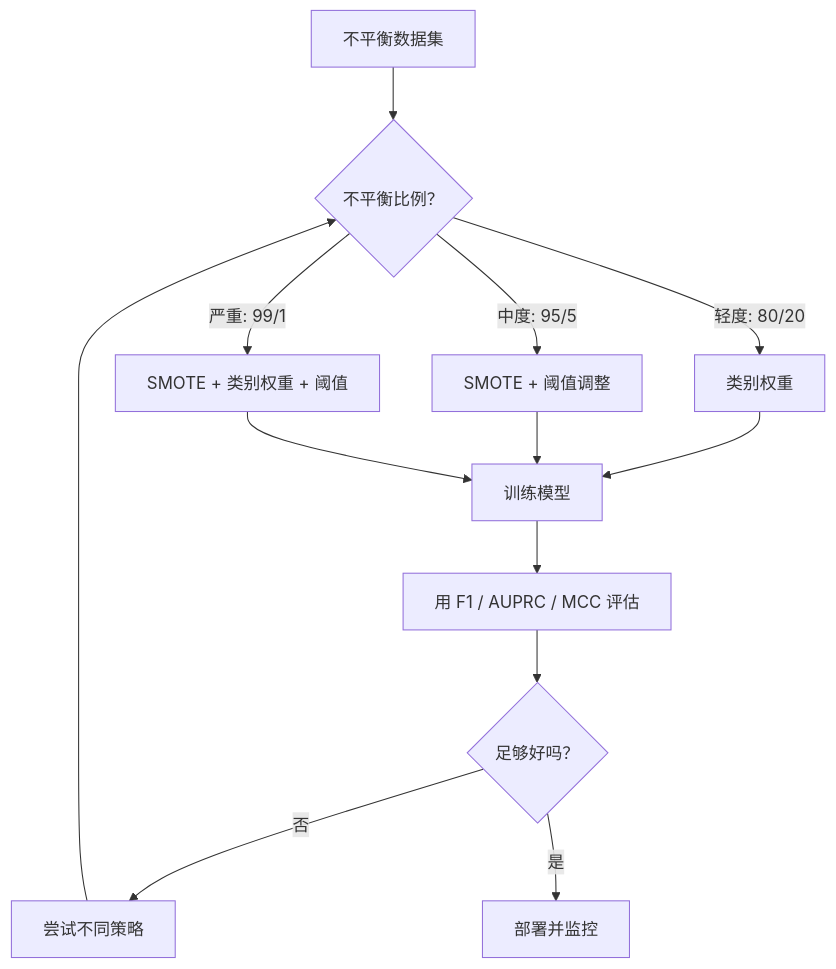
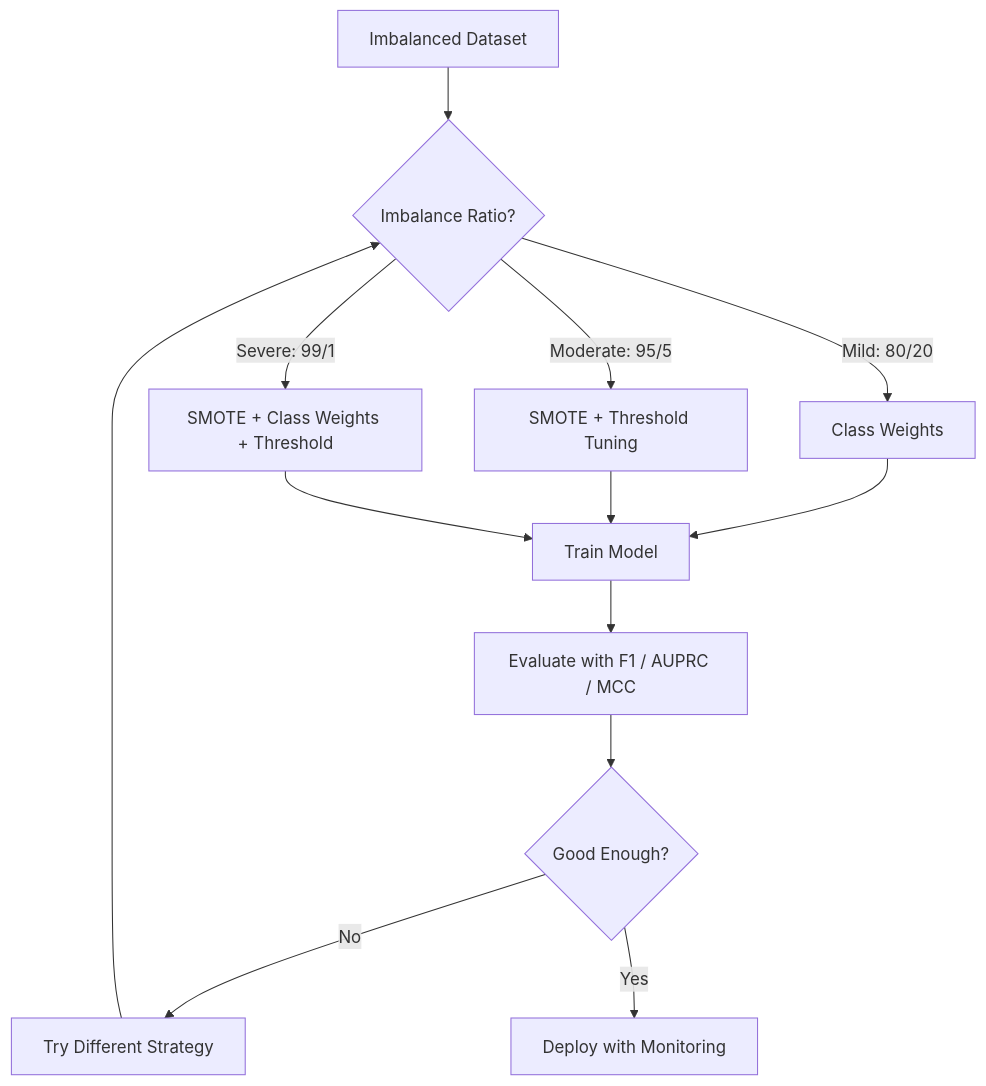
Before and after one commit to xiaojiaenen/ai-engineering-from-scratch-zh: the first of 4 diagrams in i18n/zh/phases/02-ml-fundamentals/17-imbalanced-data/docs/zh.md, drawn with Mermaid. The commit also changed other lines of this file and 18 other files, not shown here.

````diff
--- a/i18n/zh/phases/02-ml-fundamentals/17-imbalanced-data/docs/zh.md
+++ b/i18n/zh/phases/02-ml-fundamentals/17-imbalanced-data/docs/zh.md
@@ -60,15 +60,15 @@
 ```mermaid
 flowchart TD
-    A[不平衡数据集] --> B{不平衡比例？}
-    B -->|轻度: 80/20| C[类别权重]
-    B -->|中度: 95/5| D[SMOTE + 阈值调整]
-    B -->|严重: 99/1| E[SMOTE + 类别权重 + 阈值]
-    C --> F[训练模型]
+    A[Imbalanced Dataset] --> B{Imbalance Ratio?}
+    B -->|Mild: 80/20| C[Class Weights]
+    B -->|Moderate: 95/5| D[SMOTE + Threshold Tuning]
+    B -->|Severe: 99/1| E[SMOTE + Class Weights + Threshold]
+    C --> F[Train Model]
     D --> F
     E --> F
-    F --> G[用 F1 / AUPRC / MCC 评估]
-    G --> H{足够好吗？}
-    H -->|否| I[尝试不同策略]
-    H -->|是| J[部署并监控]
+    F --> G[Evaluate with F1 / AUPRC / MCC]
+    G --> H{Good Enough?}
+    H -->|No| I[Try Different Strategy]
+    H -->|Yes| J[Deploy with Monitoring]
     I --> B
 ```
````
